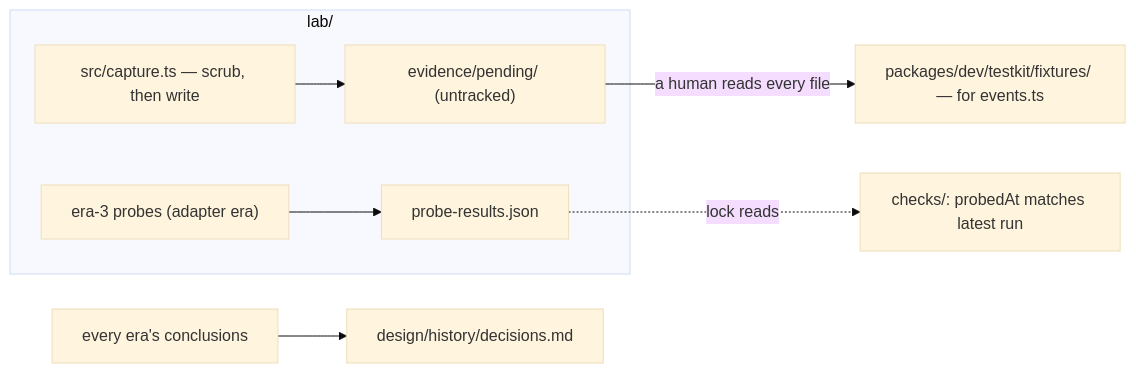
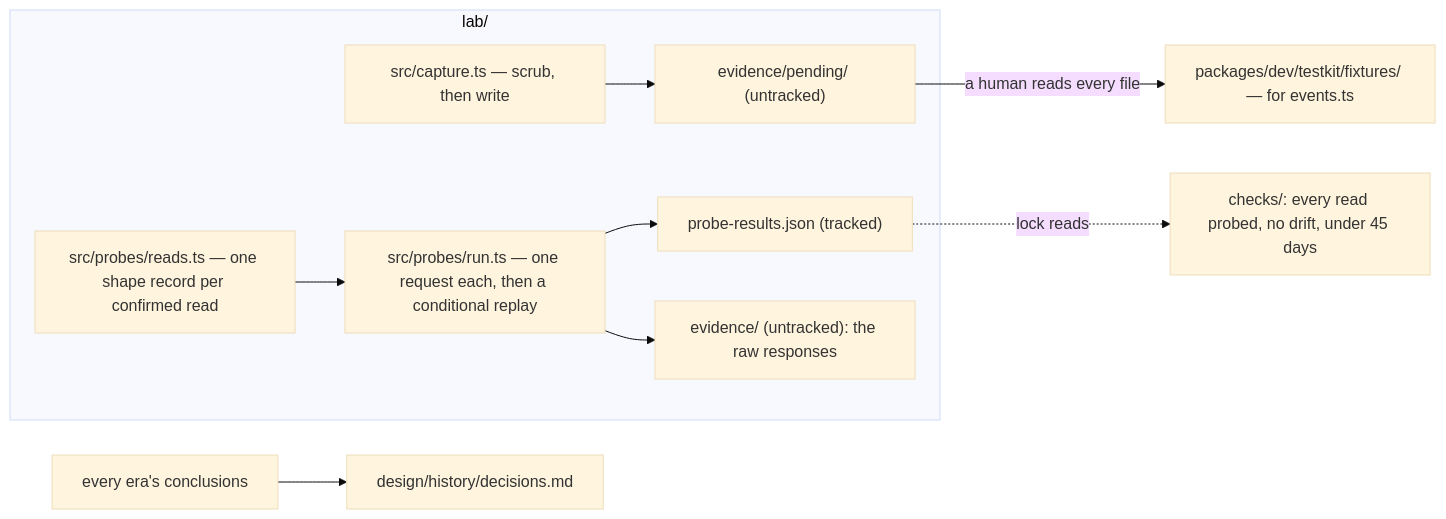
One commit to exploreriii/sdk-automations changed the diagram in packages/dev/lab/README.md. Above: the diagram before and after it, drawn with Mermaid (base theme). The commit also changed other lines of this file and 9 other files, not shown here.

First line of the commit message:
feat(lab): conformance probes — era 3

````diff
--- a/packages/dev/lab/README.md
+++ b/packages/dev/lab/README.md
@@ -32,10 +41,12 @@
 ```mermaid
 flowchart LR
     subgraph lab ["lab/"]
         capture["src/capture.ts — scrub, then write"] --> pending["evidence/pending/ (untracked)"]
-        probes["era-3 probes (adapter era)"] --> results["probe-results.json"]
+        records["src/probes/reads.ts — one shape record per confirmed read"] --> probes["src/probes/run.ts — one request each, then a conditional replay"]
+        probes --> results["probe-results.json (tracked)"]
+        probes --> raw["evidence/ (untracked): the raw responses"]
     end
     pending -->|"a human reads every file"| fixtures["packages/dev/testkit/fixtures/ — for events.ts"]
-    results -.->|"lock reads"| checks["checks/: probedAt matches latest run"]
+    results -.->|"lock reads"| checks["checks/: every read probed, no drift, under 45 days"]
     conclusions["every era's conclusions"] --> register["design/history/decisions.md"]
 ```
````
